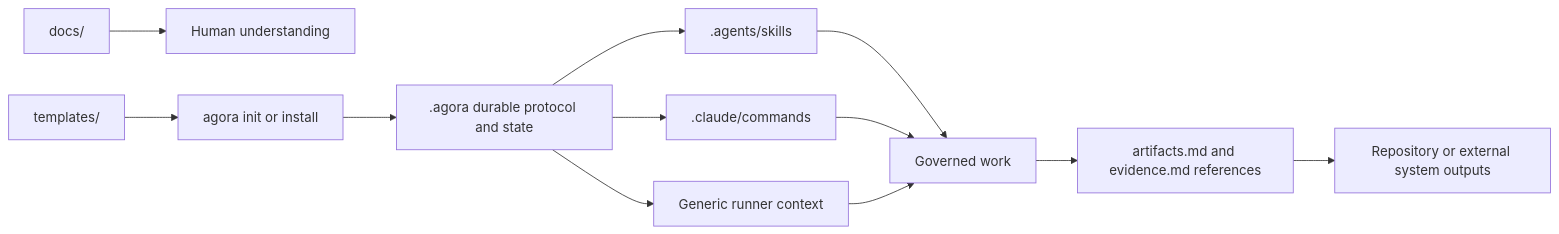
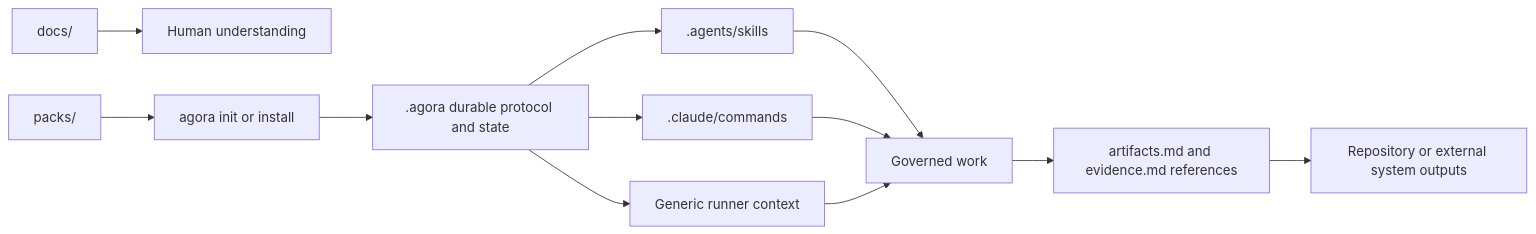
One commit to Modern-Ash/agora changed the diagram in docs/reference/artifact-locations.md. Above: the diagram before and after it, drawn with Mermaid. The commit also changed other lines of this file and 236 other files, not shown here.

First line of the commit message:
refactor: rename templates/ to packs/, templates/project/ to packs/scaffold/

````diff
--- a/docs/reference/artifact-locations.md
+++ b/docs/reference/artifact-locations.md
@@ -24,14 +24,14 @@
 ```mermaid
 flowchart LR
     DOC[docs/] --> READER[Human understanding]
-    T[templates/] --> INIT[agora init or install]
+    T[packs/] --> INIT[agora init or install]
     INIT --> STATE[.agora durable protocol and state]
     STATE --> CODEX[.agents/skills]
     STATE --> CLAUDE[.claude/commands]
     STATE --> GENERIC[Generic runner context]
     CODEX --> WORK[Governed work]
     CLAUDE --> WORK
     GENERIC --> WORK
     WORK --> REF[artifacts.md and evidence.md references]
     REF --> PRODUCT[Repository or external system outputs]
 ```
````
